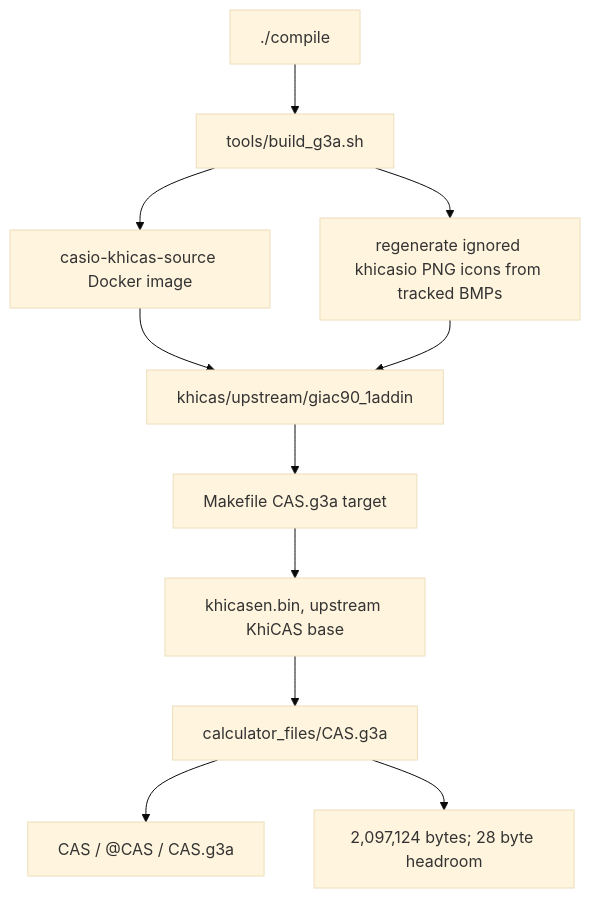
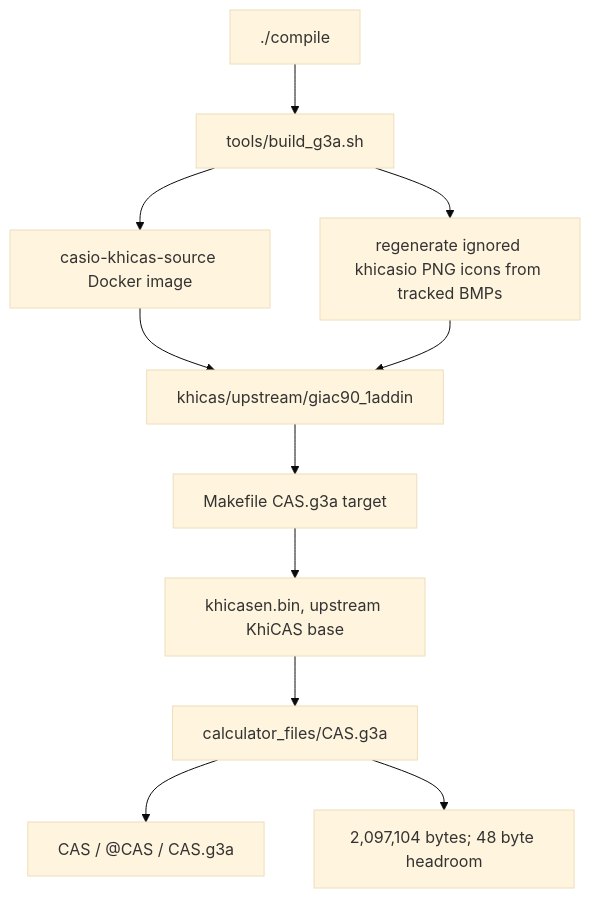
Before and after one commit to james8464/notes-addin-casio-fx-cg50: the first of 6 diagrams in docs/GRAPH.md, drawn with Mermaid (base theme). The commit also changed other lines of this file and 4 other files, not shown here.

````diff
--- a/docs/GRAPH.md
+++ b/docs/GRAPH.md
@@ -7,13 +7,13 @@
 ```mermaid
 graph TD
   Compile["./compile"] --> Build["tools/build_g3a.sh"]
   Build --> Docker["casio-khicas-source Docker image"]
   Docker --> Src["khicas/upstream/giac90_1addin"]
   Build --> Icons["regenerate ignored khicasio PNG icons from tracked BMPs"]
   Icons --> Src
   Src --> Make["Makefile CAS.g3a target"]
   Make --> Bin["khicasen.bin, upstream KhiCAS base"]
   Bin --> G3A["calculator_files/CAS.g3a"]
   G3A --> Meta["CAS / @CAS / CAS.g3a"]
-  G3A --> Size["2,097,124 bytes; 28 byte headroom"]
+  G3A --> Size["2,097,104 bytes; 48 byte headroom"]
 ```
````
